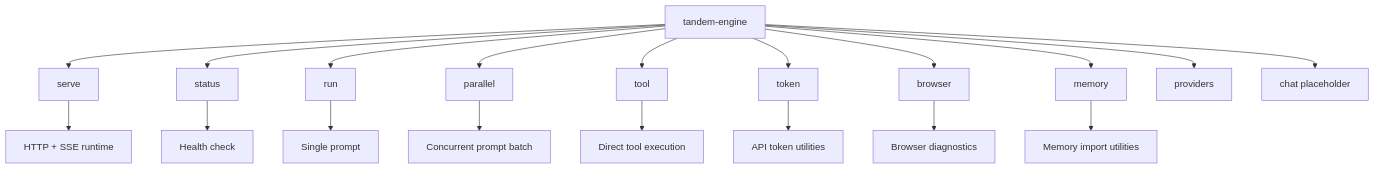
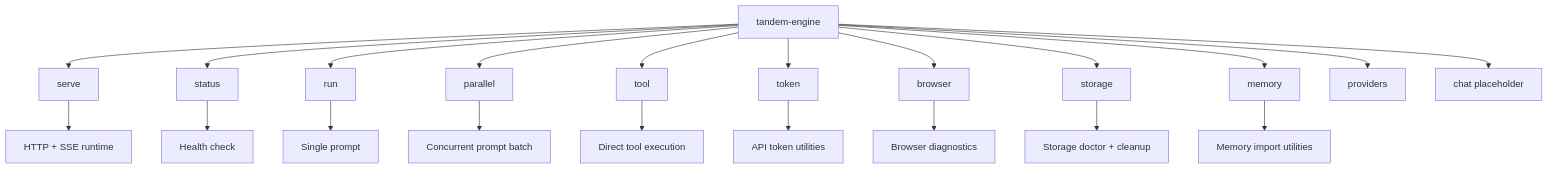
One commit to varun86/tandem changed the diagram in guide/src/content/docs/reference/engine-commands.md. Above: the diagram before and after it, drawn with Mermaid. The commit also changed other lines of this file and 60 other files, not shown here.

Commit message:
Prepare 0.5.0 storage cleanup release

````diff
--- a/guide/src/content/docs/reference/engine-commands.md
+++ b/guide/src/content/docs/reference/engine-commands.md
@@ -9,22 +9,24 @@
 ```mermaid
 flowchart TD
   ROOT[tandem-engine] --> SERVE[serve]
   ROOT --> STATUS[status]
   ROOT --> RUN[run]
   ROOT --> PAR[parallel]
   ROOT --> TOOL[tool]
   ROOT --> TOKEN[token]
   ROOT --> BROWSER[browser]
+  ROOT --> STORAGE[storage]
   ROOT --> MEMORY[memory]
   ROOT --> PROV[providers]
   ROOT --> CHAT[chat placeholder]
 
   SERVE --> API[HTTP + SSE runtime]
   STATUS --> HEALTH[Health check]
   RUN --> ONE[Single prompt]
   PAR --> MANY[Concurrent prompt batch]
   TOOL --> DIRECT[Direct tool execution]
   TOKEN --> AUTH[API token utilities]
   BROWSER --> DIAG[Browser diagnostics]
+  STORAGE --> CLEAN[Storage doctor + cleanup]
   MEMORY --> IMPORT[Memory import utilities]
 ```
````
